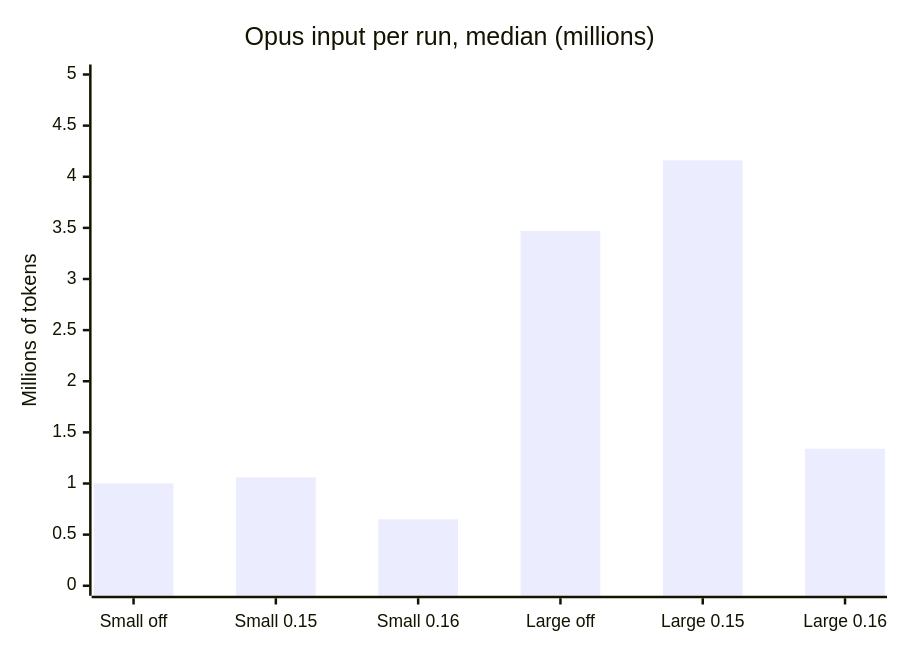
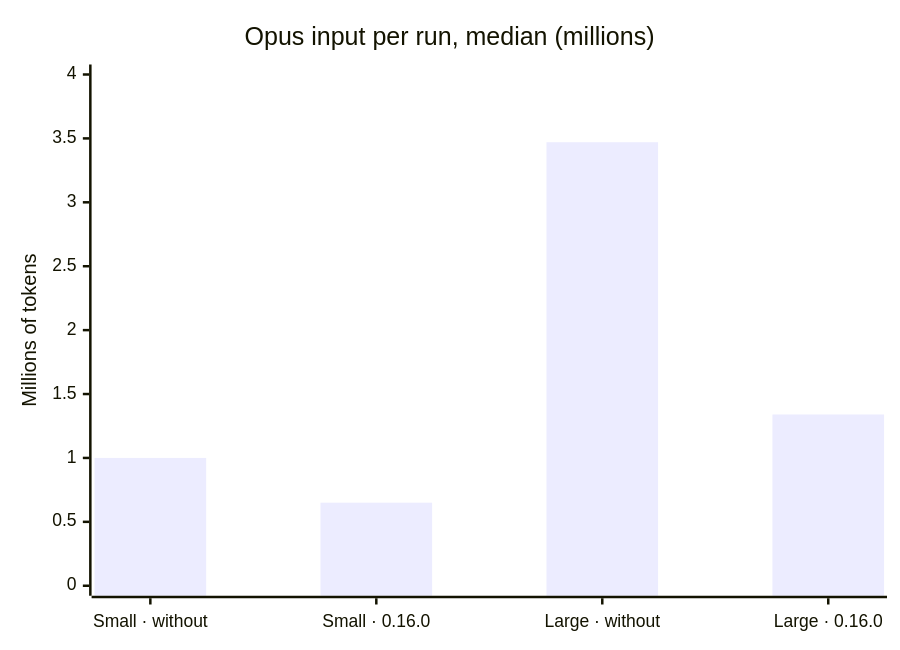
The second of 2 diagrams in docs/BENCHMARK.md (Osanchez/Flowestra), drawn with Mermaid before and after one commit. The commit also changed other lines of this file and 1 other file, not shown here.

````diff
--- a/docs/BENCHMARK.md
+++ b/docs/BENCHMARK.md
@@ -55,7 +52,7 @@
 ```mermaid
 xychart-beta
     title "Opus input per run, median (millions)"
-    x-axis ["Small off", "Small 0.15", "Small 0.16", "Large off", "Large 0.15", "Large 0.16"]
-    y-axis "Millions of tokens" 0 --> 5
-    bar [1.00, 1.06, 0.65, 3.47, 4.16, 1.34]
+    x-axis ["Small · without", "Small · 0.16.0", "Large · without", "Large · 0.16.0"]
+    y-axis "Millions of tokens" 0 --> 4
+    bar [1.00, 0.65, 3.47, 1.34]
 ```
````
